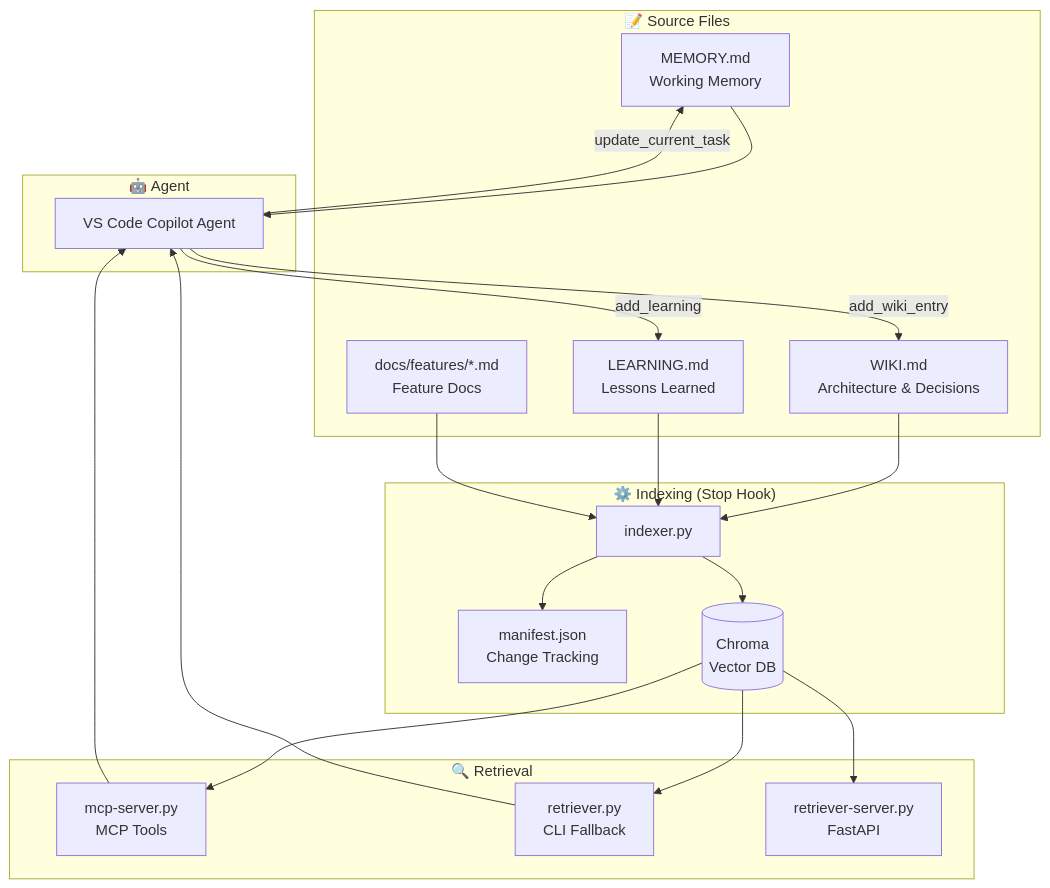
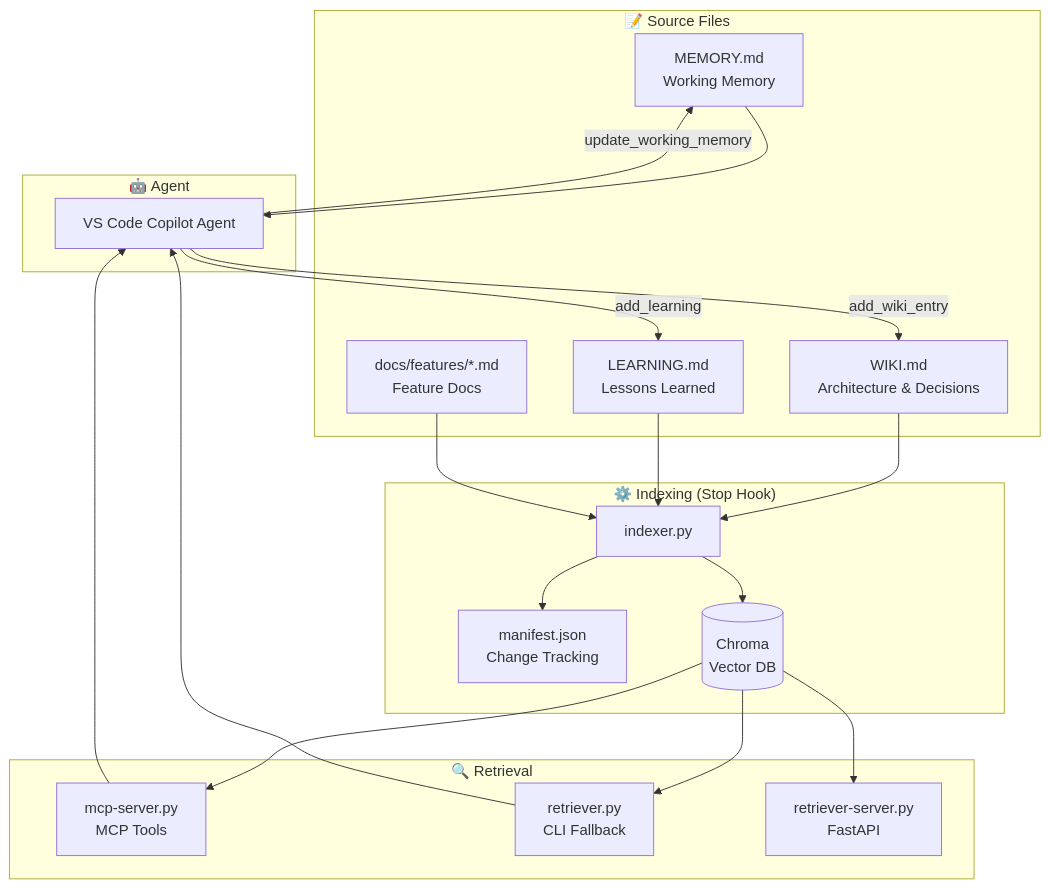
Before and after one commit to ngkaizheng/react-doc-test: the diagram in .github/skills/project-memory-vector-db/README.md, drawn with Mermaid. The commit also changed other lines of this file and 9 other files, not shown here.

First line of the commit message:
refactor: consolidate 3 MEMORY tools into single update_working_memory

````diff
--- a/.github/skills/project-memory-vector-db/README.md
+++ b/.github/skills/project-memory-vector-db/README.md
@@ -9,40 +9,40 @@
 ```mermaid
 graph TD
     subgraph "📝 Source Files"
         MEM[MEMORY.md<br/>Working Memory]
         WIKI[WIKI.md<br/>Architecture & Decisions]
         LEARN[LEARNING.md<br/>Lessons Learned]
         FEAT[docs/features/*.md<br/>Feature Docs]
     end
 
     subgraph "⚙️ Indexing (Stop Hook)"
         IDX[indexer.py]
         MAN[manifest.json<br/>Change Tracking]
         CHROMA[(Chroma<br/>Vector DB)]
     end
 
     subgraph "🔍 Retrieval"
         MCP[mcp-server.py<br/>MCP Tools]
         CLI[retriever.py<br/>CLI Fallback]
         FAST[retriever-server.py<br/>FastAPI]
     end
 
     subgraph "🤖 Agent"
         AGENT[VS Code Copilot Agent]
     end
 
     MEM --> AGENT
     WIKI --> IDX
     LEARN --> IDX
     FEAT --> IDX
     IDX --> MAN
     IDX --> CHROMA
     CHROMA --> MCP
     CHROMA --> CLI
     CHROMA --> FAST
     MCP --> AGENT
     CLI --> AGENT
     AGENT -->|add_learning| LEARN
     AGENT -->|add_wiki_entry| WIKI
-    AGENT -->|update_current_task| MEM
+    AGENT -->|update_working_memory| MEM
 ```
````
